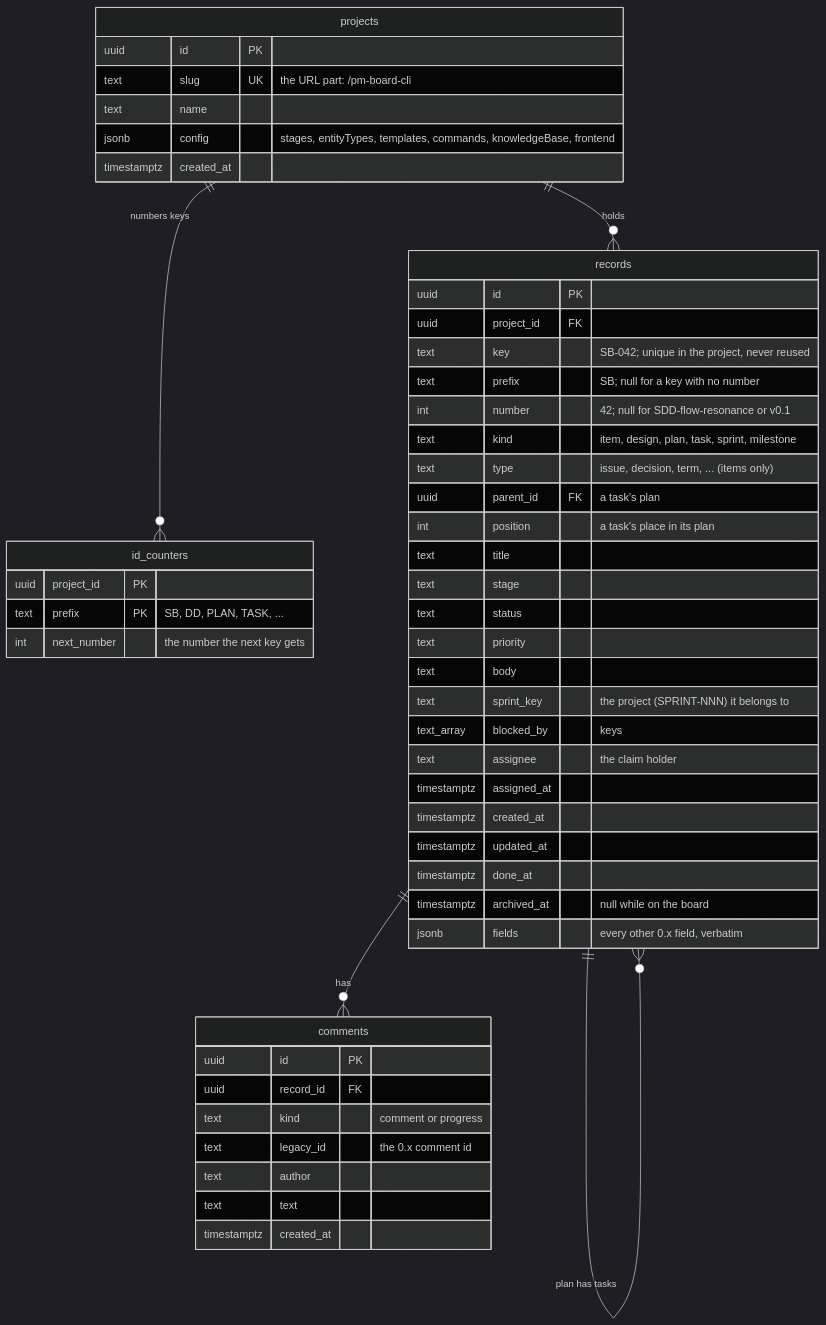
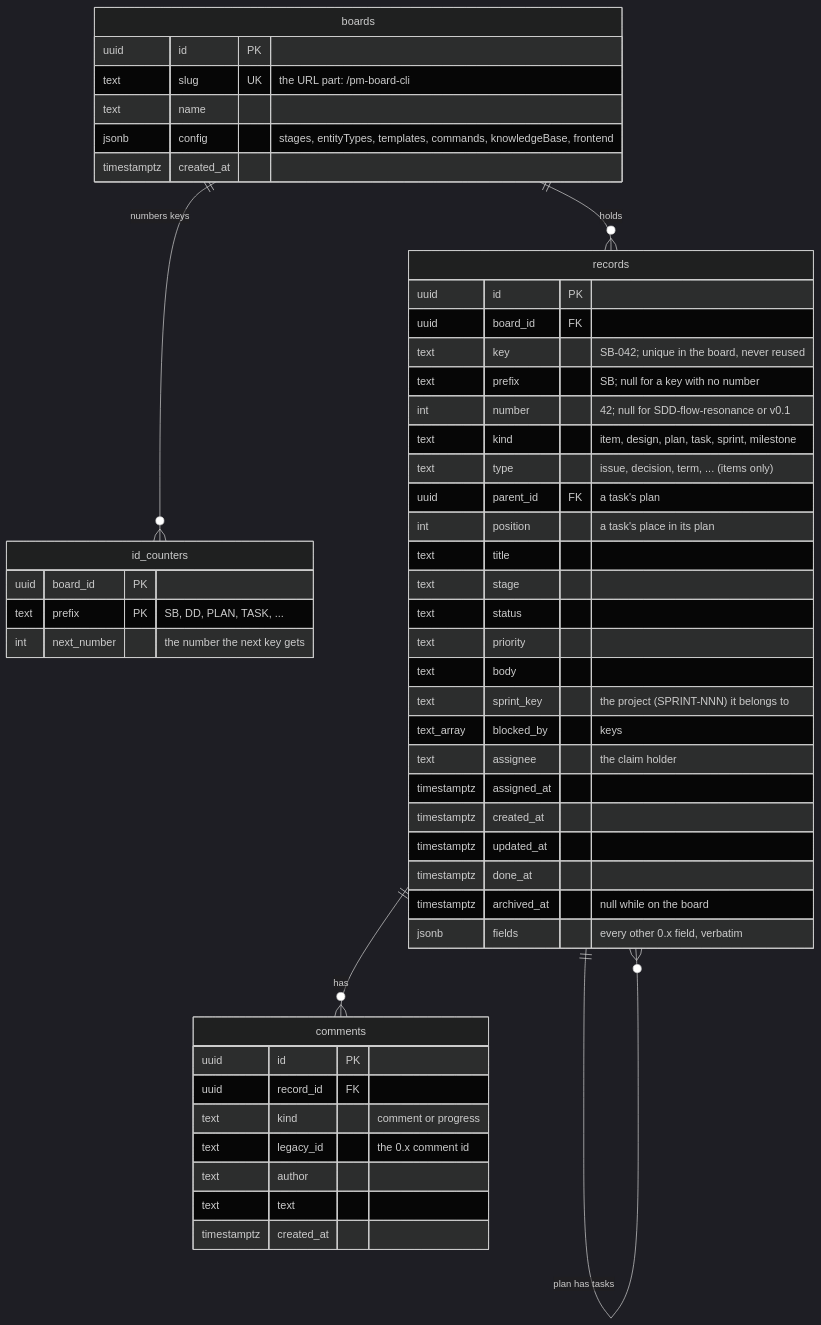
Before and after one commit to TerjeBallestad/pm-board: the diagram in server/docs/data-model.md, drawn with Mermaid (dark theme). The commit also changed other lines of this file and 25 other files, not shown here.

First line of the commit message:
The top level is a board: /api/boards, the boards table, board_id (DD-015)

````diff
--- a/server/docs/data-model.md
+++ b/server/docs/data-model.md
@@ -7,54 +10,54 @@
 ```mermaid
 erDiagram
-  projects ||--o{ id_counters : "numbers keys"
-  projects ||--o{ records : holds
+  boards ||--o{ id_counters : "numbers keys"
+  boards ||--o{ records : holds
   records ||--o{ records : "plan has tasks"
   records ||--o{ comments : has
 
-  projects {
+  boards {
     uuid id PK
     text slug UK "the URL part: /pm-board-cli"
     text name
     jsonb config "stages, entityTypes, templates, commands, knowledgeBase, frontend"
     timestamptz created_at
   }
   id_counters {
-    uuid project_id PK
+    uuid board_id PK
     text prefix PK "SB, DD, PLAN, TASK, ..."
     int next_number "the number the next key gets"
   }
   records {
     uuid id PK
-    uuid project_id FK
-    text key "SB-042; unique in the project, never reused"
+    uuid board_id FK
+    text key "SB-042; unique in the board, never reused"
     text prefix "SB; null for a key with no number"
     int number "42; null for SDD-flow-resonance or v0.1"
     text kind "item, design, plan, task, sprint, milestone"
     text type "issue, decision, term, ... (items only)"
     uuid parent_id FK "a task's plan"
     int position "a task's place in its plan"
     text title
     text stage
     text status
     text priority
     text body
     text sprint_key "the project (SPRINT-NNN) it belongs to"
     text_array blocked_by "keys"
     text assignee "the claim holder"
     timestamptz assigned_at
     timestamptz created_at
     timestamptz updated_at
     timestamptz done_at
     timestamptz archived_at "null while on the board"
     jsonb fields "every other 0.x field, verbatim"
   }
   comments {
     uuid id PK
     uuid record_id FK
     text kind "comment or progress"
     text legacy_id "the 0.x comment id"
     text author
     text text
     timestamptz created_at
   }
 ```
````
